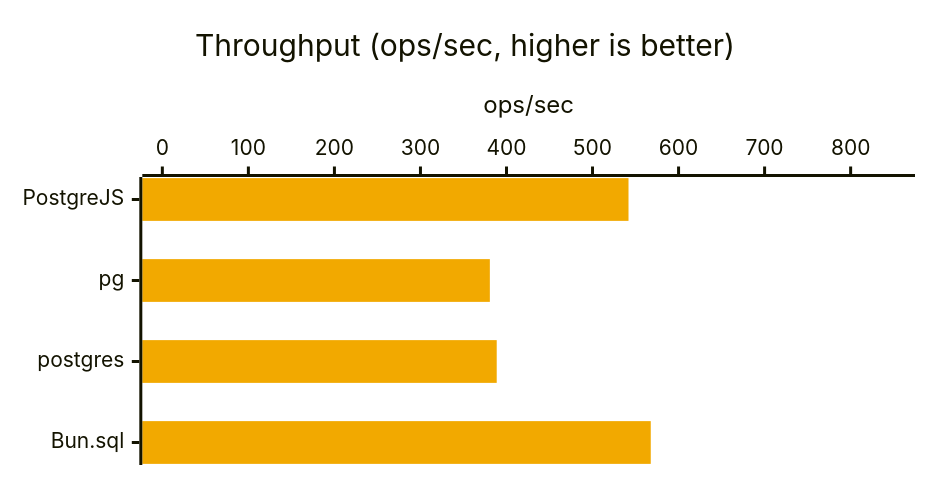
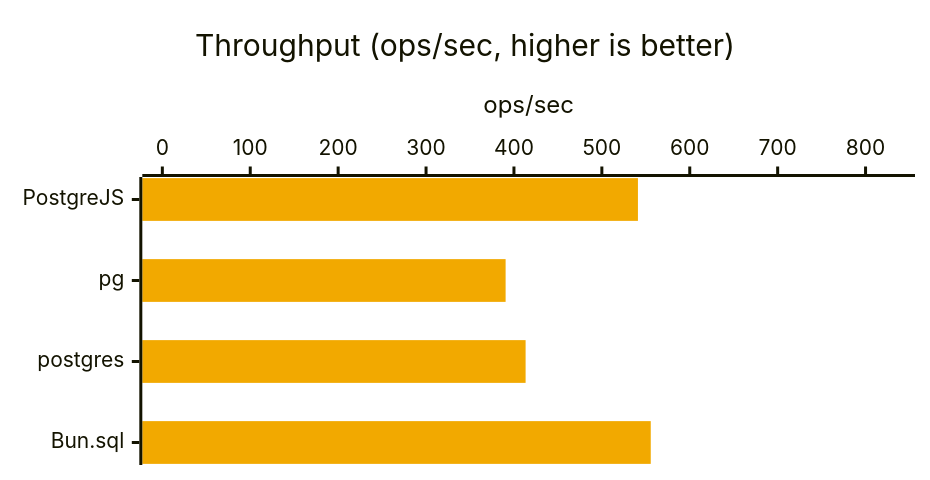
Before and after one commit to panates/postgrejs-doc: diagram 11 of 56 in docs/getting-started/benchmarks-bun.md, drawn with Mermaid. The commit also changed other lines of this file and 24 other files, not shown here.

````diff
--- a/docs/getting-started/benchmarks-bun.md
+++ b/docs/getting-started/benchmarks-bun.md
@@ -313,8 +313,8 @@
 ```mermaid
 %%{init: {'xyChart': {'width': 600, 'height': 300, 'chartOrientation': 'horizontal'}, 'themeVariables': {'xyChart': {'plotColorPalette': '#f2a900'}}}}%%
 xychart-beta
     title "Throughput (ops/sec, higher is better)"
     x-axis ["PostgreJS", "pg", "postgres", "Bun.sql"]
-    y-axis "ops/sec" 0.0000 --> 851.5182
-    bar [541.8144, 380.6570, 388.6359, 567.6788]
+    y-axis "ops/sec" 0.0000 --> 833.4520
+    bar [541.0489, 390.5158, 413.2560, 555.6346]
 ```
````
